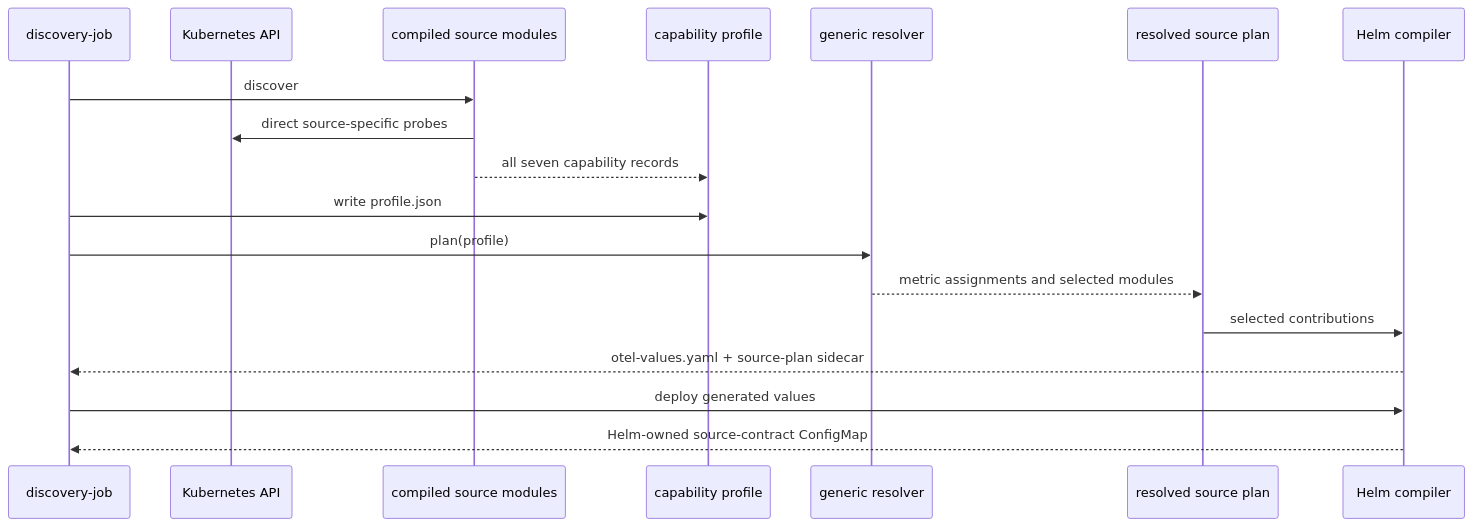
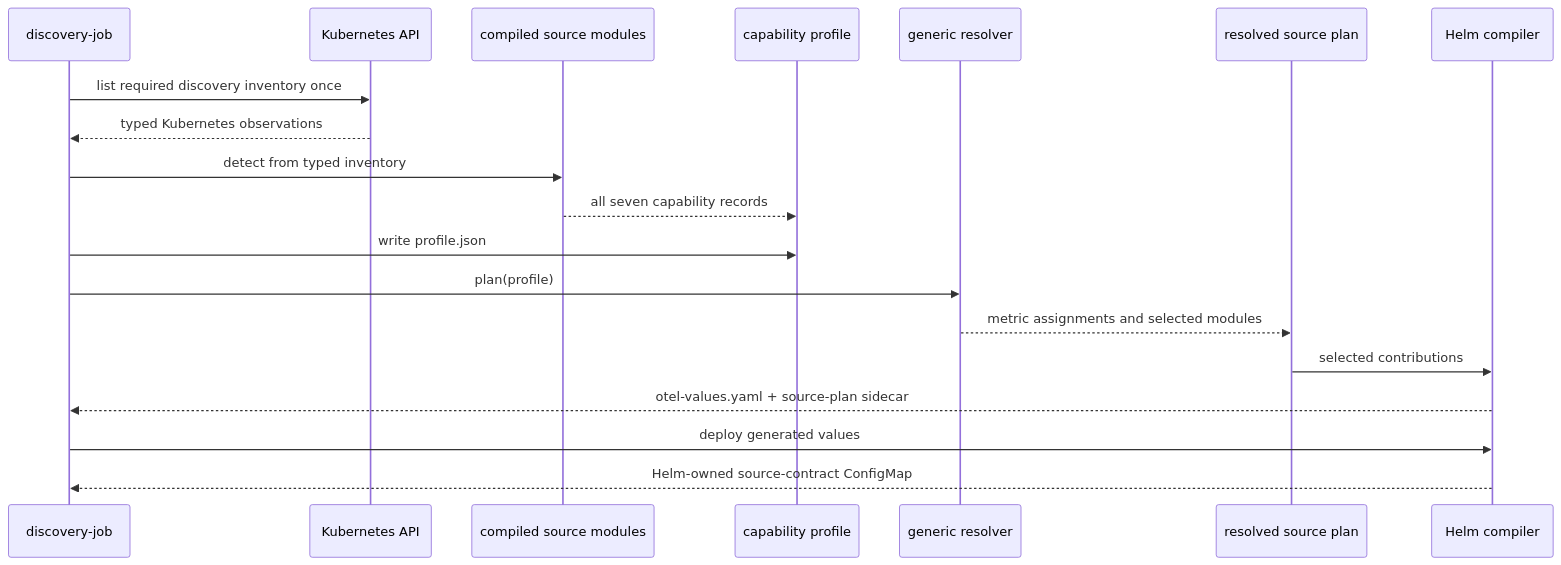
The diagram in docs/discovery-flow.md (erickivel/karthos), drawn with Mermaid before and after one commit. The commit also changed other lines of this file and 6 other files, not shown here.

Commit message:
docs(architecture): document module-owned discovery

````diff
--- a/docs/discovery-flow.md
+++ b/docs/discovery-flow.md
@@ -7,21 +7,22 @@
 ```mermaid
 sequenceDiagram
     participant CLI as discovery-job
     participant K as Kubernetes API
     participant M as compiled source modules
     participant P as capability profile
     participant R as generic resolver
     participant SP as resolved source plan
     participant H as Helm compiler
 
-    CLI->>M: discover
-    M->>K: direct source-specific probes
+    CLI->>K: list required discovery inventory once
+    K-->>CLI: typed Kubernetes observations
+    CLI->>M: detect from typed inventory
     M-->>P: all seven capability records
     CLI->>P: write profile.json
     CLI->>R: plan(profile)
     R-->>SP: metric assignments and selected modules
     SP->>H: selected contributions
     H-->>CLI: otel-values.yaml + source-plan sidecar
     CLI->>H: deploy generated values
     H-->>CLI: Helm-owned source-contract ConfigMap
 ```
````
